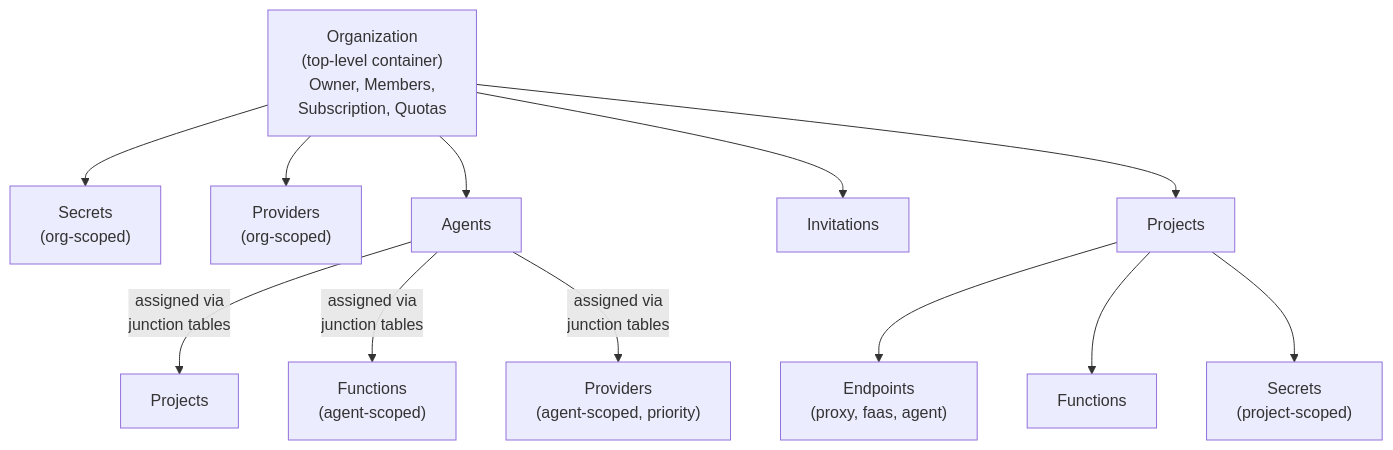
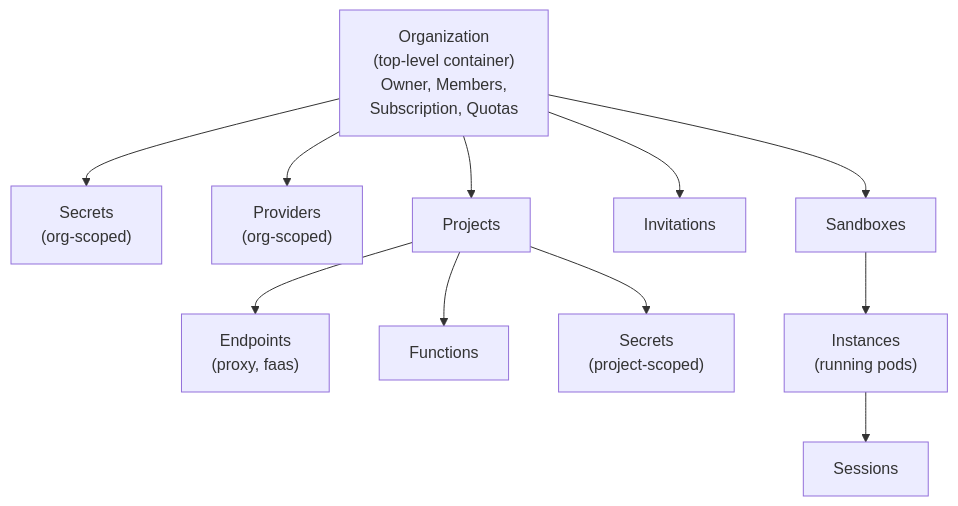
One commit to threadedstack/threadedstack changed the second of 3 diagrams in docs/architecture/platform-overview.md. Above: the diagram before and after it, drawn with Mermaid. The commit also changed other lines of this file and 45 other files, not shown here.

````diff
--- a/docs/architecture/platform-overview.md
+++ b/docs/architecture/platform-overview.md
@@ -96,18 +87,17 @@
 ```mermaid
 flowchart TD
   Org["Organization<br/>(top-level container)<br/>Owner, Members,<br/>Subscription, Quotas"]
 
   Org --> Secrets_Org["Secrets<br/>(org-scoped)"]
   Org --> Providers["Providers<br/>(org-scoped)"]
-  Org --> Agents
+  Org --> Sandboxes
   Org --> Invitations
   Org --> Projects
 
-  Agents -->|"assigned via<br/>junction tables"| AgentProjects["Projects"]
-  Agents -->|"assigned via<br/>junction tables"| AgentFunctions["Functions<br/>(agent-scoped)"]
-  Agents -->|"assigned via<br/>junction tables"| AgentProviders["Providers<br/>(agent-scoped, priority)"]
-
-  Projects --> Endpoints["Endpoints<br/>(proxy, faas, agent)"]
+  Projects --> Endpoints["Endpoints<br/>(proxy, faas)"]
   Projects --> Functions
   Projects --> Secrets_Proj["Secrets<br/>(project-scoped)"]
+
+  Sandboxes --> Instances["Instances<br/>(running pods)"]
+  Instances --> Sessions["Sessions"]
 ```
````
